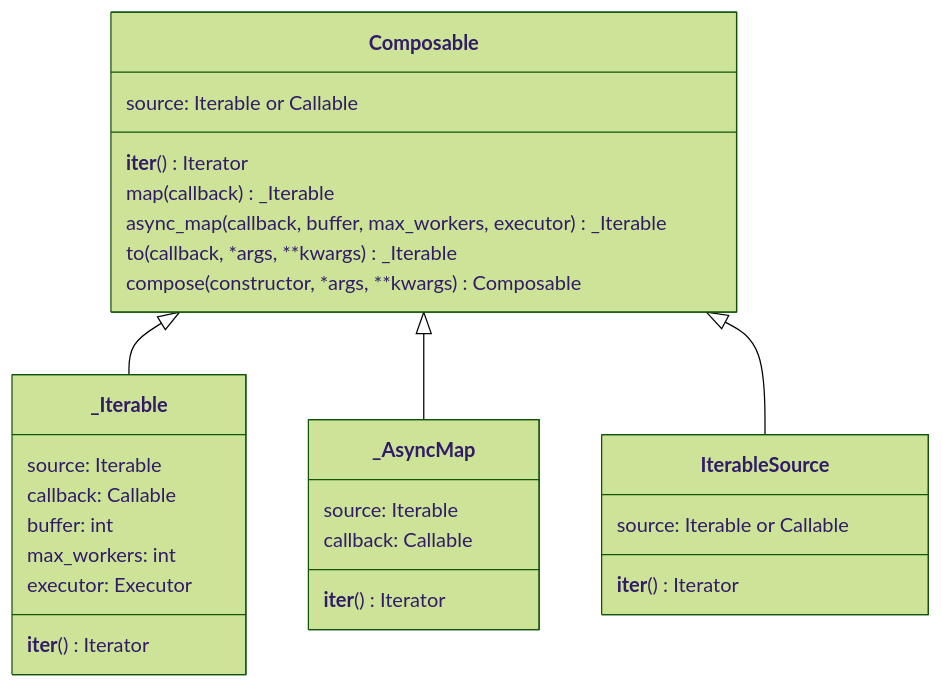
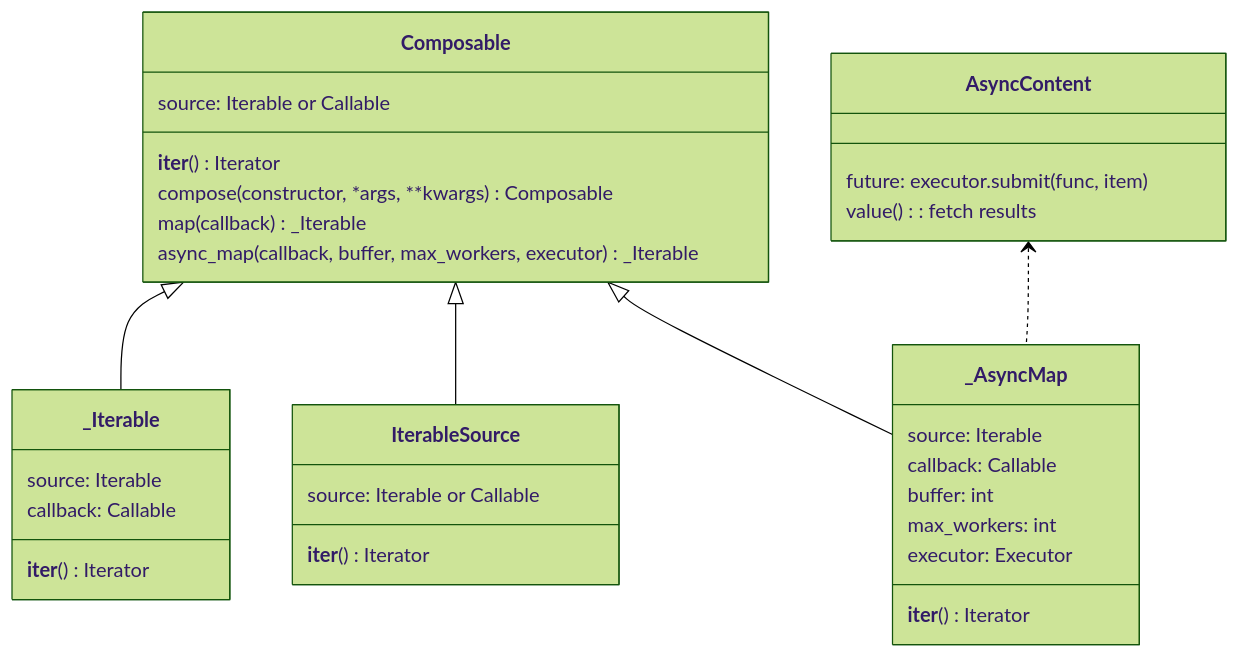
The diagram in docs/advanced/iterstream.rst (merantix-momentum/squirrel-core), drawn with Mermaid (forest theme) before and after one commit. The commit also changed other lines of this file, not shown here.

```diff
--- a/docs/advanced/iterstream.rst
+++ b/docs/advanced/iterstream.rst
@@ -70,40 +112,46 @@
 .. mermaid::
 
     classDiagram
 
         Composable <|-- _Iterable
+        Composable <|-- IterableSource
         Composable <|-- _AsyncMap
-        Composable <|-- IterableSource
+        AsyncContent <.. _AsyncMap
 
         class Composable {
             source: Iterable or Callable
 
             __iter__() Iterator
+            compose(constructor, *args, **kwargs) Composable
             map(callback) _Iterable
             async_map(callback, buffer, max_workers, executor) _Iterable
-            to(callback, *args, **kwargs) _Iterable
-            compose(constructor, *args, **kwargs) Composable
         }
 
        class _Iterable {
-            source: Iterable
-            callback: Callable
-            buffer: int
-            max_workers: int
-            executor: Executor
-
-            __iter__() Iterator
-       }
-
-       class _AsyncMap {
             source: Iterable
             callback: Callable
 
             __iter__() Iterator
        }
 
        class IterableSource {
             source: Iterable or Callable
 
             __iter__() Iterator
        }
+
+        class _AsyncMap {
+            source: Iterable
+            callback: Callable
+            buffer: int
+            max_workers: int
+            executor: Executor
+
+            __iter__() Iterator
+       }
+
+       class AsyncContent {
+            future: executor.submit(func, item)
+
+            value(): fetch results
+       }
```
